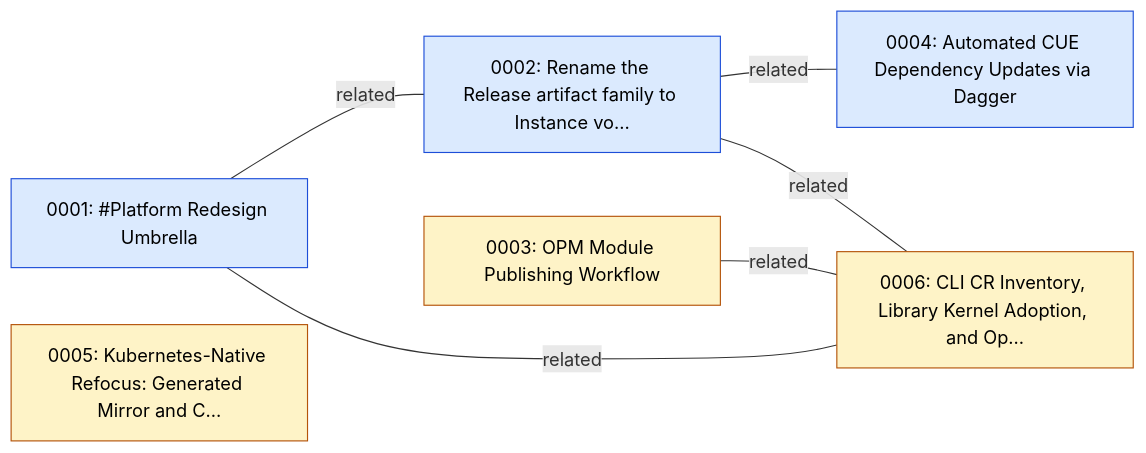
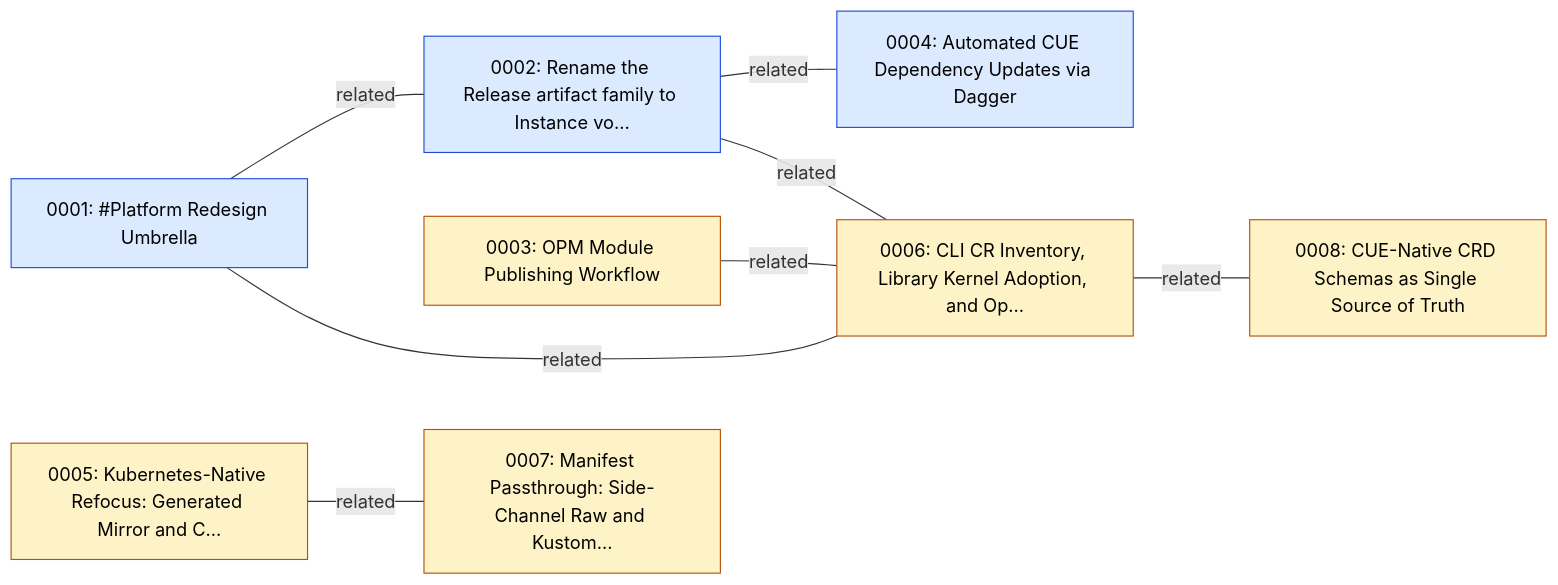
The first of 2 diagrams in GRAPH.md (open-platform-model/enhancements), drawn with Mermaid before and after one commit. The commit also changed 1 other file, not shown here.

Commit message:
chore(enhancements): regenerate index and graph

````diff
--- a/GRAPH.md
+++ b/GRAPH.md
@@ -5,21 +5,25 @@
 ```mermaid
 graph LR
   classDef draft       fill:#fef3c7,stroke:#b45309,color:#000
   classDef accepted    fill:#dbeafe,stroke:#1d4ed8,color:#000
   classDef implemented fill:#dcfce7,stroke:#15803d,color:#000
   classDef superseded  fill:#e5e7eb,stroke:#6b7280,color:#6b7280
   classDef legacy      fill:#fafafa,stroke:#9ca3af,color:#6b7280,stroke-dasharray:3 3
 
   N0001["0001: #Platform Redesign Umbrella"]:::accepted
   N0002["0002: Rename the Release artifact family to Instance vo…"]:::accepted
   N0003["0003: OPM Module Publishing Workflow"]:::draft
   N0004["0004: Automated CUE Dependency Updates via Dagger"]:::accepted
   N0005["0005: Kubernetes-Native Refocus: Generated Mirror and C…"]:::draft
   N0006["0006: CLI CR Inventory, Library Kernel Adoption, and Op…"]:::draft
+  N0007["0007: Manifest Passthrough: Side-Channel Raw and Kustom…"]:::draft
+  N0008["0008: CUE-Native CRD Schemas as Single Source of Truth"]:::draft
 
   N0001 ---|related| N0002
   N0001 ---|related| N0006
   N0002 ---|related| N0004
   N0002 ---|related| N0006
   N0003 ---|related| N0006
+  N0005 ---|related| N0007
+  N0006 ---|related| N0008
 ```
````
